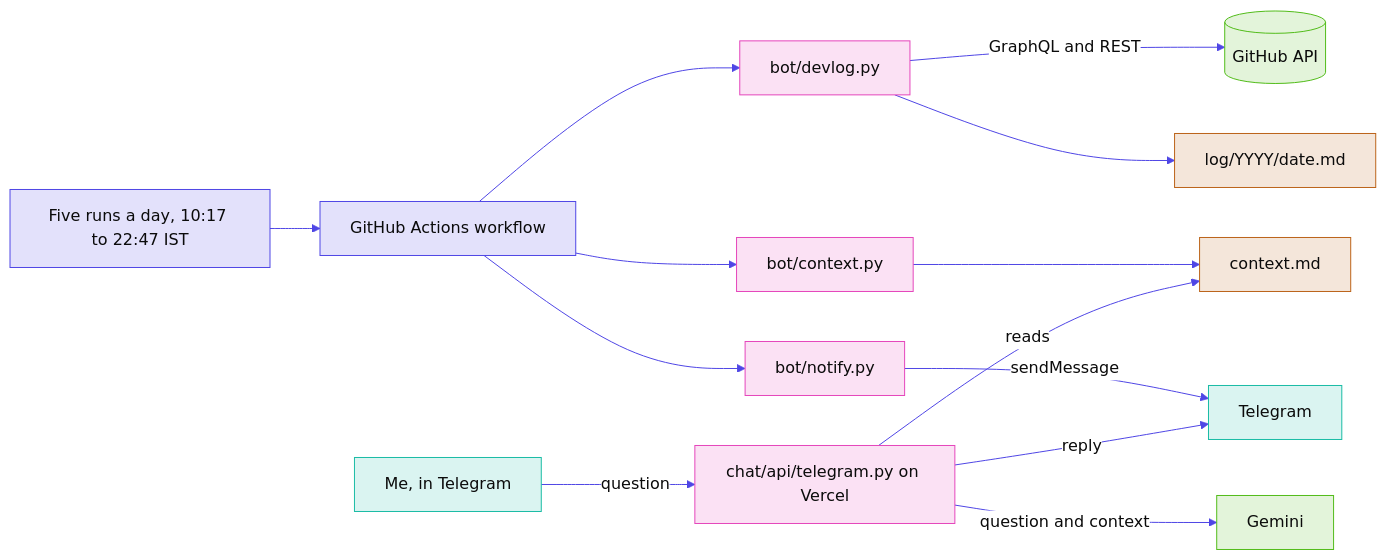
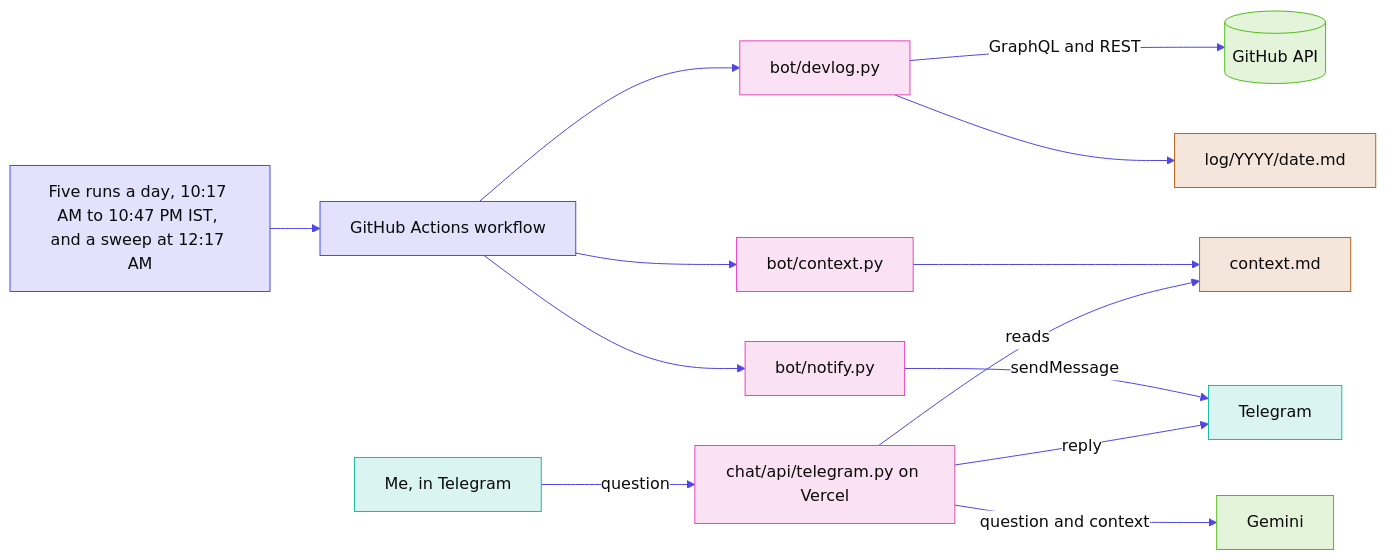
Before and after one commit to divyanshjoshii/dev-log: the diagram in README.md, drawn with Mermaid. The commit also changed other lines of this file and 2 other files, not shown here.

Commit message:
Add a quiet midnight sweep that finishes the day

````diff
--- a/README.md
+++ b/README.md
@@ -31,22 +31,22 @@
 ```mermaid
 %%{init: {"theme":"base","themeVariables":{"background":"#FFFFFF","primaryColor":"#FFFFFF","primaryTextColor":"#0B0B0B","primaryBorderColor":"#4F46E5","lineColor":"#4F46E5","secondaryColor":"#EAE9FC","tertiaryColor":"#FFFFFF","textColor":"#0B0B0B","edgeLabelBackground":"#FFFFFF","clusterBkg":"#FFFFFF","clusterBorder":"#CECECE"}}}%%
 %% palette 97d170e1
 flowchart LR
-    cron["Five runs a day, 10:17 to 22:47 IST"]:::role1 --> wf["GitHub Actions workflow"]:::role1
+    cron["Five runs a day, 10:17 AM to 10:47 PM IST, and a sweep at 12:17 AM"]:::role1 --> wf["GitHub Actions workflow"]:::role1
     wf --> dl["bot/devlog.py"]:::role2
     dl -->|"GraphQL and REST"| gh[("GitHub API")]:::role4
     dl --> log["log/YYYY/date.md"]:::role3
     wf --> ctx["bot/context.py"]:::role2
     ctx --> ctxf["context.md"]:::role3
     wf --> nt["bot/notify.py"]:::role2
     nt -->|"sendMessage"| tg["Telegram"]:::role5
     you["Me, in Telegram"]:::role5 -->|"question"| vf["chat/api/telegram.py on Vercel"]:::role2
     vf -->|"reads"| ctxf
     vf -->|"question and context"| gm["Gemini"]:::role4
     vf -->|"reply"| tg
     classDef role1 fill:#E3E1FB,stroke:#4F46E5,color:#0B0B0B
     classDef role2 fill:#FBE1F4,stroke:#E546BC,color:#0B0B0B
     classDef role3 fill:#F4E6DA,stroke:#BC641A,color:#0B0B0B
     classDef role4 fill:#E3F4DA,stroke:#52BC1A,color:#0B0B0B
     classDef role5 fill:#DAF4F1,stroke:#1ABCA5,color:#0B0B0B
 ```
````
